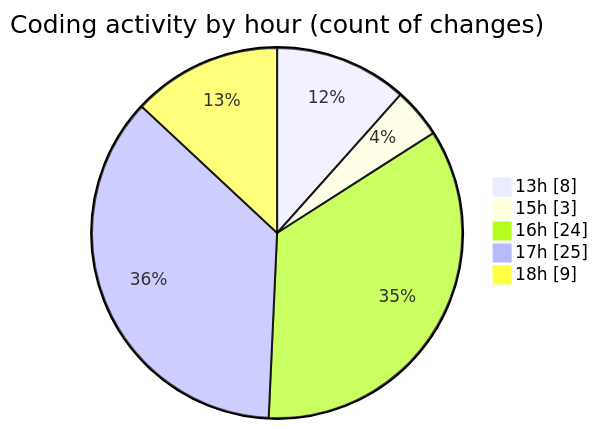
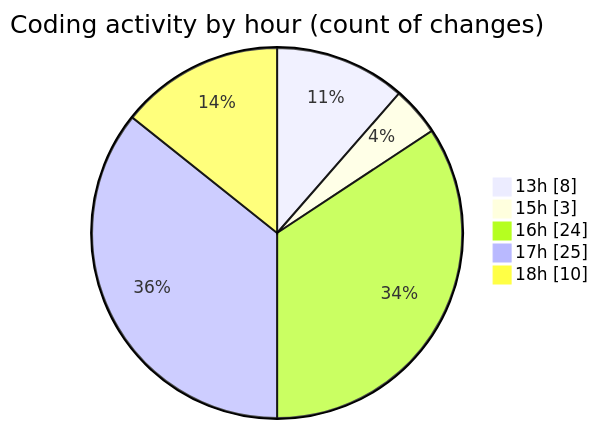
The second of 2 diagrams in 2025-08-01/nxtqube_webapp/README.md (nxtqubesakshisongat/code-tracking), drawn with Mermaid before and after one commit. The commit also changed other lines of this file and 1 other file, not shown here.

````diff
--- a/2025-08-01/nxtqube_webapp/README.md
+++ b/2025-08-01/nxtqube_webapp/README.md
@@ -39,9 +39,9 @@
 ```mermaid
 pie showData
 title Coding activity by hour (count of changes)
 "13h" : 8
 "15h" : 3
 "16h" : 24
 "17h" : 25
-"18h" : 9
+"18h" : 10
 ```
````
